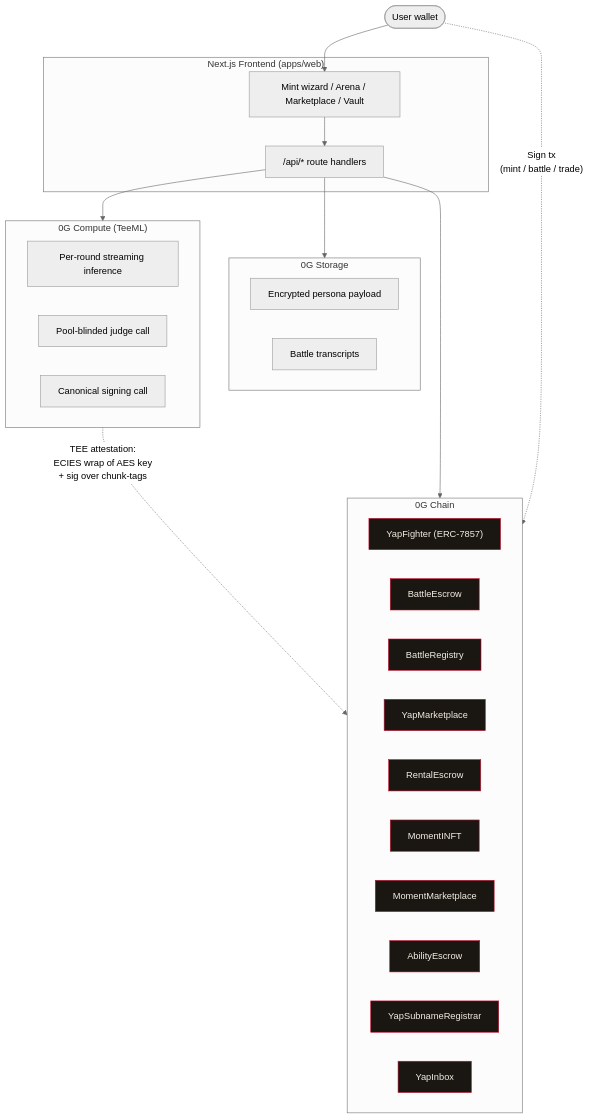
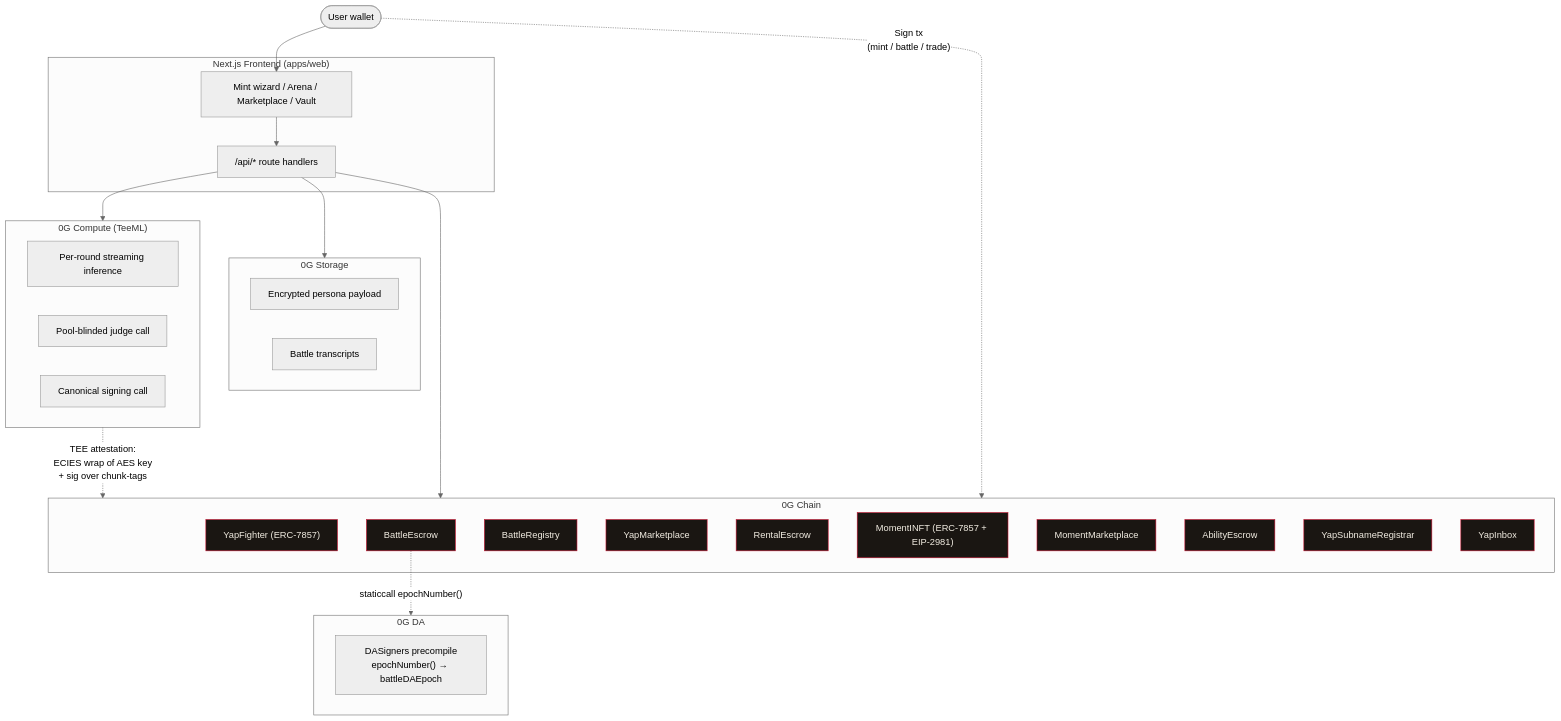
Before and after one commit to tamaa13/yap: the first of 5 diagrams in docs/ARCHITECTURE.md, drawn with Mermaid (neutral theme). The commit also changed other lines of this file and 6 other files, not shown here.

````diff
--- a/docs/ARCHITECTURE.md
+++ b/docs/ARCHITECTURE.md
@@ -14,40 +14,44 @@
 ```mermaid
 flowchart TB
     user(["User wallet"])
     subgraph frontend["Next.js Frontend (apps/web)"]
         ui["Mint wizard / Arena / Marketplace / Vault"]
         api["/api/* route handlers"]
     end
     subgraph compute["0G Compute (TeeML)"]
         infer["Per-round streaming inference"]
         judge["Pool-blinded judge call"]
         canon["Canonical signing call"]
     end
     subgraph storage["0G Storage"]
         seed["Encrypted persona payload"]
         transcripts["Battle transcripts"]
     end
+    subgraph da["0G DA"]
+        epoch["DASigners precompile<br/>epochNumber() → battleDAEpoch"]
+    end
     subgraph chain["0G Chain"]
         fighter["YapFighter (ERC-7857)"]
         escrow["BattleEscrow"]
         registry["BattleRegistry"]
         market["YapMarketplace"]
         rental["RentalEscrow"]
-        moment["MomentINFT"]
+        moment["MomentINFT (ERC-7857 + EIP-2981)"]
         marketMoment["MomentMarketplace"]
         ability["AbilityEscrow"]
         subname["YapSubnameRegistrar"]
         inbox["YapInbox"]
     end
 
     user --> ui
     ui --> api
     api --> compute
     api --> storage
     compute -. "TEE attestation:<br/>ECIES wrap of AES key<br/>+ sig over chunk-tags" .-> chain
     user -. "Sign tx<br/>(mint / battle / trade)" .-> chain
     api --> chain
+    escrow -. "staticcall epochNumber()" .-> da
 
     classDef contract fill:#1A1612,stroke:#C8102E,color:#F2EDE2
     class fighter,escrow,registry,market,rental,moment,marketMoment,ability,subname,inbox contract
 ```
````
